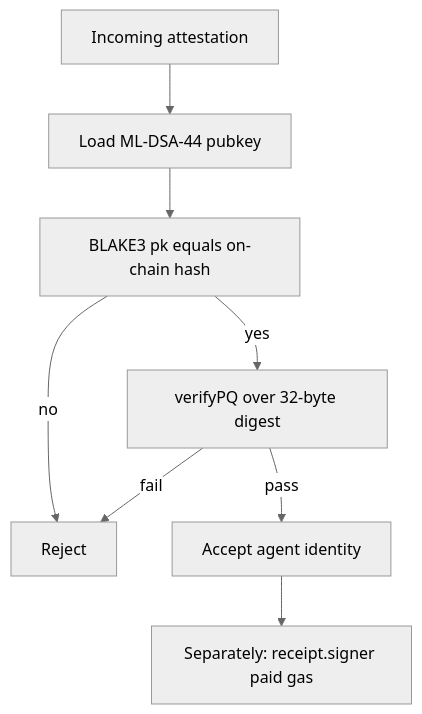
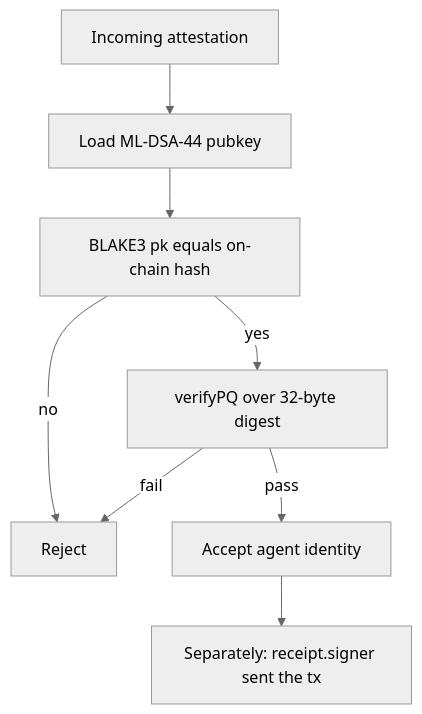
The fifth of 8 diagrams in docs/POST_QUANTUM.md (veyanet/veya-sdk), drawn with Mermaid (neutral theme) before and after one commit. The commit also changed other lines of this file, not shown here.

````diff
--- a/docs/POST_QUANTUM.md
+++ b/docs/POST_QUANTUM.md
@@ -376,10 +375,10 @@
 ```mermaid
 flowchart TD
     A["Incoming attestation"] --> B["Load ML-DSA-44 pubkey"]
     B --> C["BLAKE3 pk equals on-chain hash"]
     C -->|no| F["Reject"]
     C -->|yes| D["verifyPQ over 32-byte digest"]
     D -->|fail| F
     D -->|pass| G["Accept agent identity"]
-    G --> H["Separately: receipt.signer paid gas"]
+    G --> H["Separately: receipt.signer sent the tx"]
 ```
````
